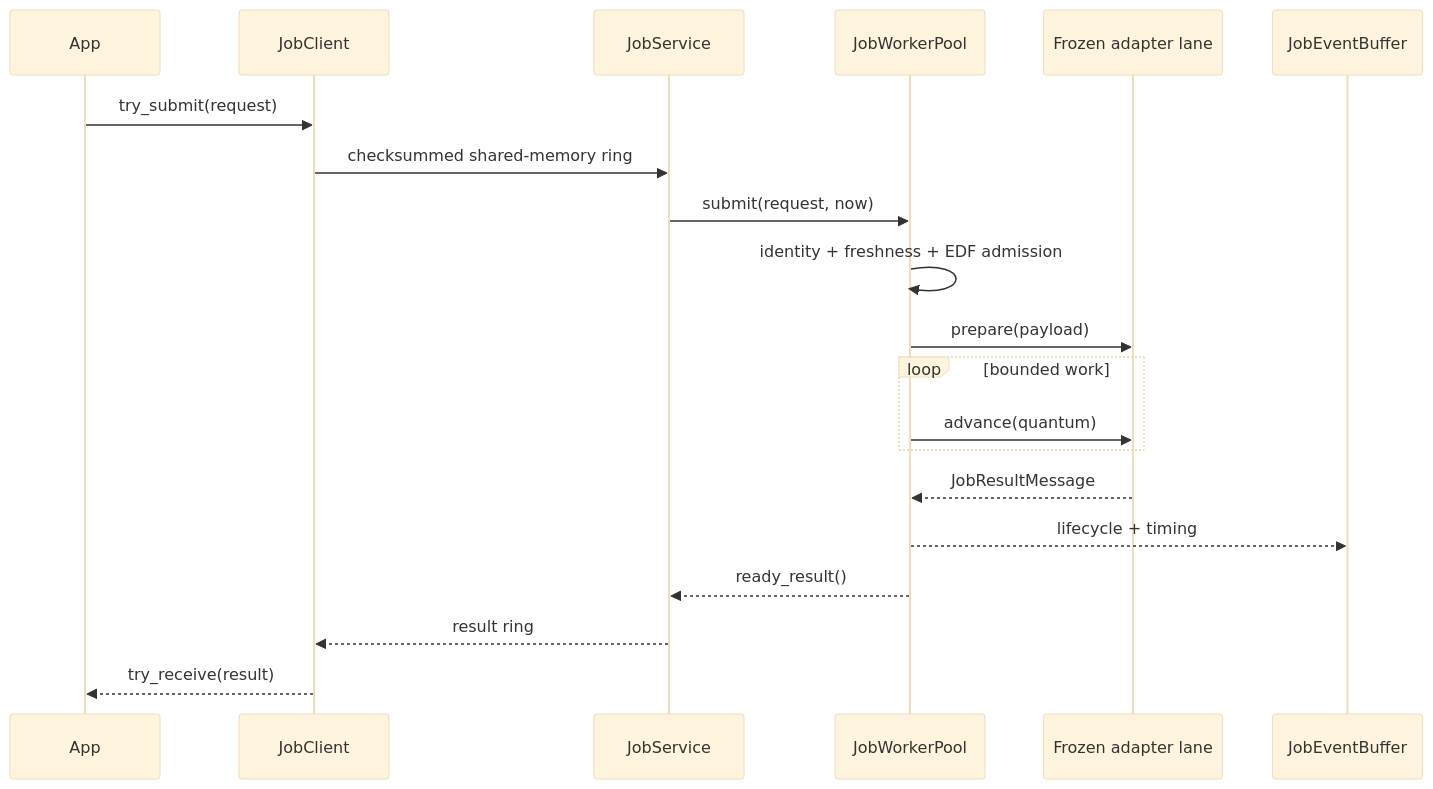
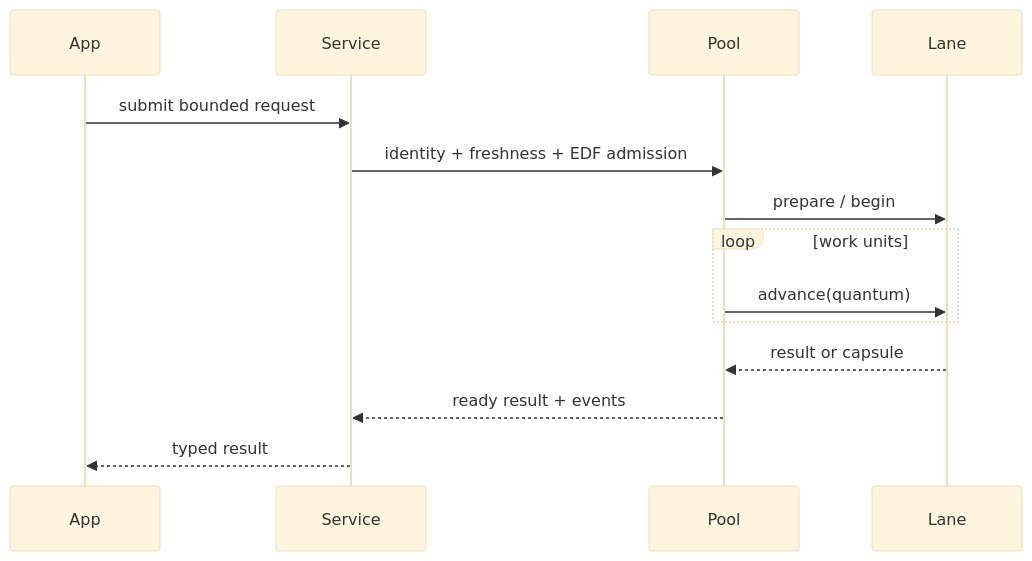
The diagram in docs/guides/cooperative-jobs.md (elprofesoriqo/FlowEdge), drawn with Mermaid (base theme) before and after one commit. The commit also changed other lines of this file and 16 other files, not shown here.

````diff
--- a/docs/guides/cooperative-jobs.md
+++ b/docs/guides/cooperative-jobs.md
@@ -90,22 +32,16 @@
 ```{mermaid}
 sequenceDiagram
   participant App
-  participant Client as JobClient
-  participant Service as JobService
-  participant Pool as JobWorkerPool
-  participant Lane as Frozen adapter lane
-  participant Events as JobEventBuffer
-  App->>Client: try_submit(request)
-  Client->>Service: checksummed shared-memory ring
-  Service->>Pool: submit(request, now)
-  Pool->>Pool: identity + freshness + EDF admission
-  Pool->>Lane: prepare(payload)
-  loop bounded work
+  participant Service
+  participant Pool
+  participant Lane
+  App->>Service: submit bounded request
+  Service->>Pool: identity + freshness + EDF admission
+  Pool->>Lane: prepare / begin
+  loop work units
     Pool->>Lane: advance(quantum)
   end
-  Lane-->>Pool: JobResultMessage
-  Pool-->>Events: lifecycle + timing
-  Pool-->>Service: ready_result()
-  Service-->>Client: result ring
-  Client-->>App: try_receive(result)
+  Lane-->>Pool: result or capsule
+  Pool-->>Service: ready result + events
+  Service-->>App: typed result
 ```
````
